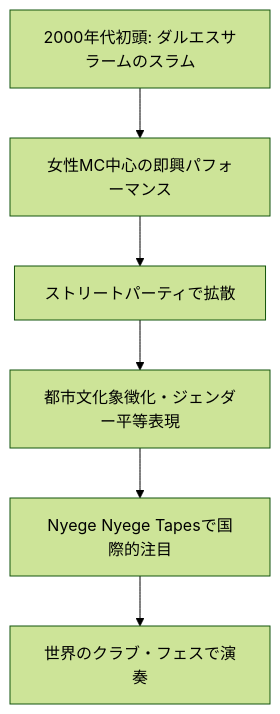
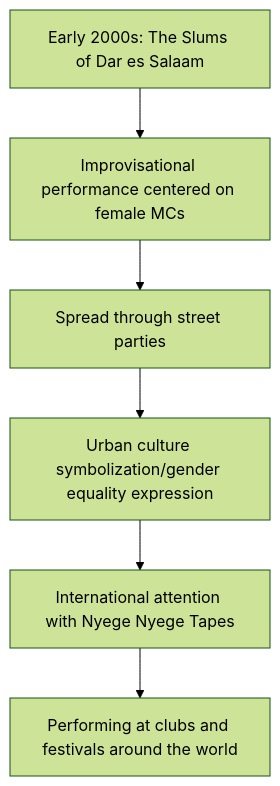
The first of 6 diagrams in en/_posts/2025-10-04-Column-Nyege-Nyege.md (monumental-movement/monumental-movement.github.io), drawn with Mermaid (forest theme) before and after one commit. The commit also changed other lines of this file and 152 other files, not shown here.

```diff
--- a/en/_posts/2025-10-04-Column-Nyege-Nyege.md
+++ b/en/_posts/2025-10-04-Column-Nyege-Nyege.md
@@ -101,10 +101,10 @@
 <div class="mermaid">
 
 flowchart TD
-    A["2000年代初頭: ダルエスサラームのスラム"] --> B["女性MC中心の即興パフォーマンス"]
-    B --> C["ストリートパーティで拡散"]
-        C --> D["都市文化象徴化・ジェンダー平等表現"]
-    D --> E["Nyege Nyege Tapesで国際的注目"]
-    E --> F["世界のクラブ・フェスで演奏"]
+    A["Early 2000s: The Slums of Dar es Salaam"] --> B["Improvisational performance centered on female MCs"]
+    B --> C["Spread through street parties"]
+        C --> D["Urban culture symbolization/gender equality expression"]
+    D --> E["International attention with Nyege Nyege Tapes"]
+    E --> F["Performing at clubs and festivals around the world"]
 
 </div>
```
